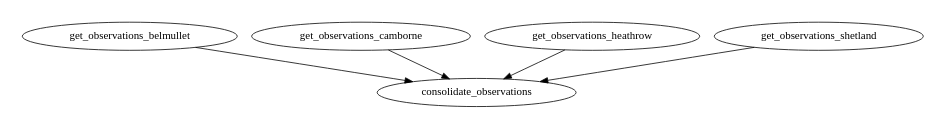
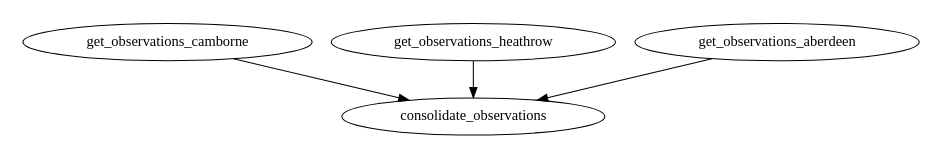
Before and after one commit to metomi/rose: the first of 5 diagrams in sphinx/tutorial/cylc/scheduling/datetime-cycling.rst, drawn with Graphviz. The commit also changed other lines of this file, not shown here.

```diff
--- a/sphinx/tutorial/cylc/scheduling/datetime-cycling.rst
+++ b/sphinx/tutorial/cylc/scheduling/datetime-cycling.rst
@@ -245,10 +248,9 @@
 .. digraph:: example
    :align: center
 
    size = "5,4"
    bgcolor=none
 
-   get_observations_belmullet -> consolidate_observations
    get_observations_camborne -> consolidate_observations
    get_observations_heathrow -> consolidate_observations
-   get_observations_shetland -> consolidate_observations
+   get_observations_aberdeen -> consolidate_observations
```
